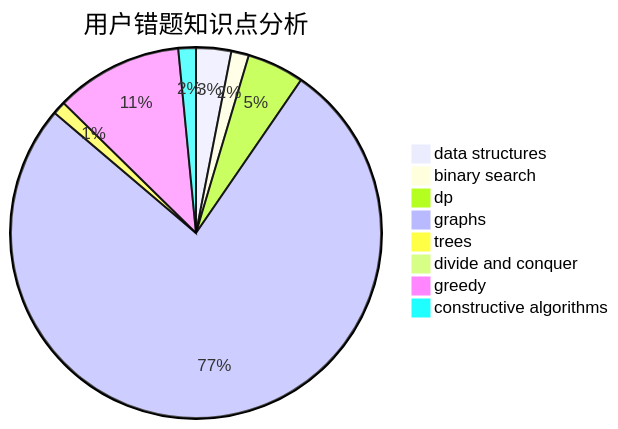
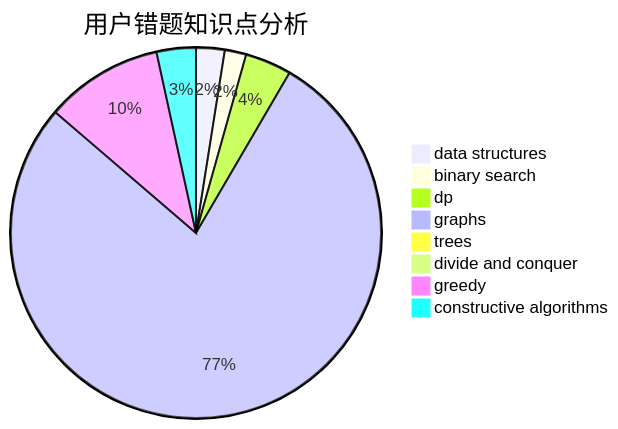
One commit to sherpahu/cfrs.github.io changed the third of 3 diagrams in docs/user/u718.md. Above: the diagram before and after it, drawn with Mermaid. The commit also changed other lines of this file and 2770 other files, not shown here.

````diff
--- a/docs/user/u718.md
+++ b/docs/user/u718.md
@@ -36,11 +36,11 @@
 ```mermaid
 pie title 用户错题知识点分析
     "data structures" :  8
-    "binary search" :  4
+    "binary search" :  6
     "dp" :  13
-    "graphs" :  200
+    "graphs" :  250
     "trees" :  3
     "divide and conquer" :  0
-    "greedy" :  29
-    "constructive algorithms" :  4
+    "greedy" :  33
+    "constructive algorithms" :  11
 ```
````
